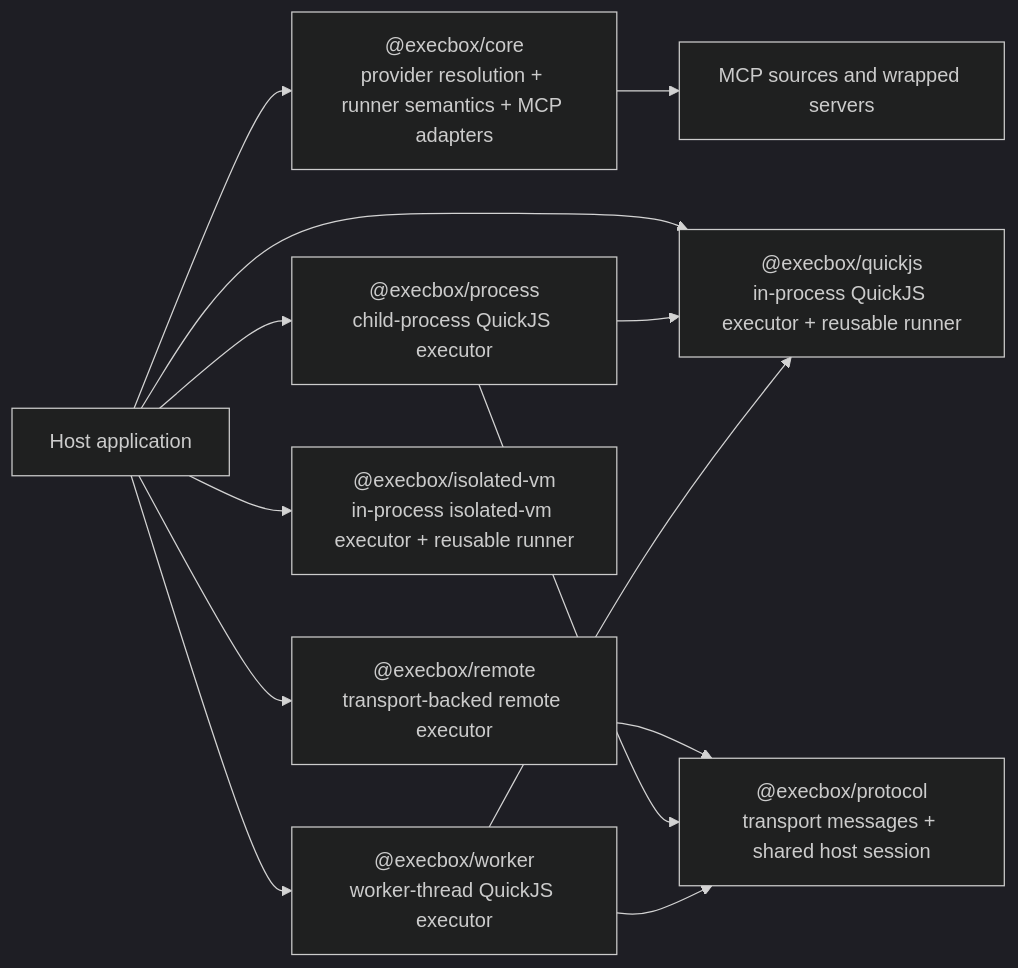
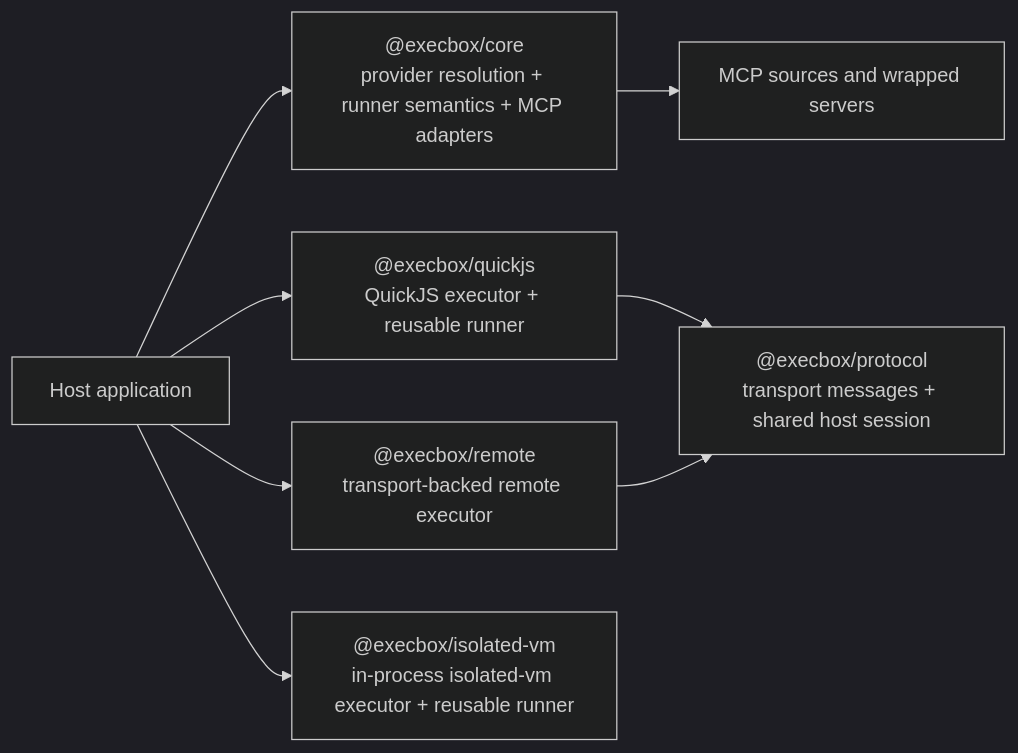
Before and after one commit to aallam/execbox: the first of 3 diagrams in docs/architecture/README.md, drawn with Mermaid (dark theme). The commit also changed other lines of this file and 86 other files, not shown here.

Commit message:
refactor(quickjs): consolidate hosted executor surface

````diff
--- a/docs/architecture/README.md
+++ b/docs/architecture/README.md
@@ -22,25 +22,18 @@
 ```mermaid
 flowchart LR
     APP["Host application"]
     CORE["@execbox/core<br/>provider resolution + runner semantics + MCP adapters"]
-    QJS["@execbox/quickjs<br/>in-process QuickJS executor + reusable runner"]
+    QJS["@execbox/quickjs<br/>QuickJS executor + reusable runner"]
     REM["@execbox/remote<br/>transport-backed remote executor"]
-    PROC["@execbox/process<br/>child-process QuickJS executor"]
     IVM["@execbox/isolated-vm<br/>in-process isolated-vm executor + reusable runner"]
     PROTO["@execbox/protocol<br/>transport messages + shared host session"]
-    WORKER["@execbox/worker<br/>worker-thread QuickJS executor"]
     MCP["MCP sources and wrapped servers"]
 
     APP --> CORE
     APP --> QJS
     APP --> REM
-    APP --> PROC
     APP --> IVM
-    APP --> WORKER
     CORE --> MCP
+    QJS --> PROTO
     REM --> PROTO
-    PROC --> PROTO
-    WORKER --> PROTO
-    PROC --> QJS
-    WORKER --> QJS
 ```
````
